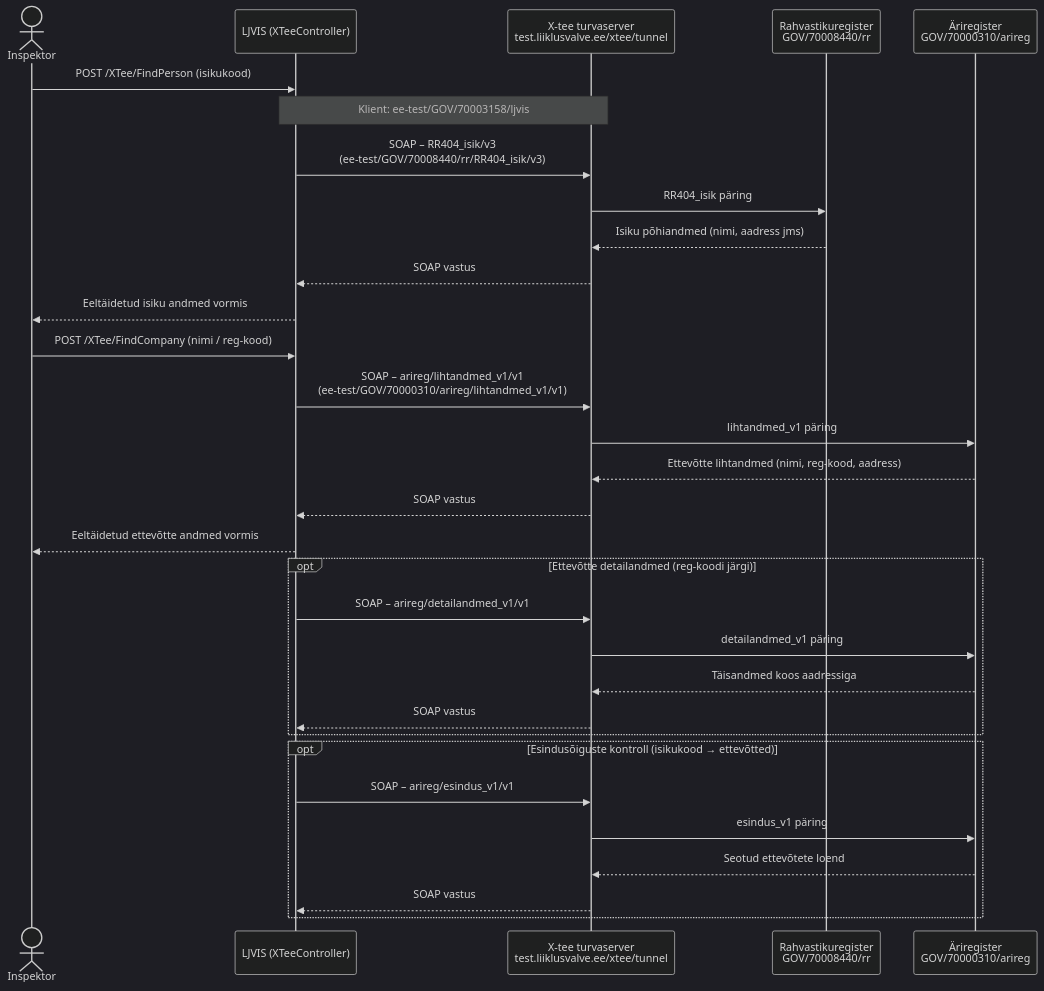
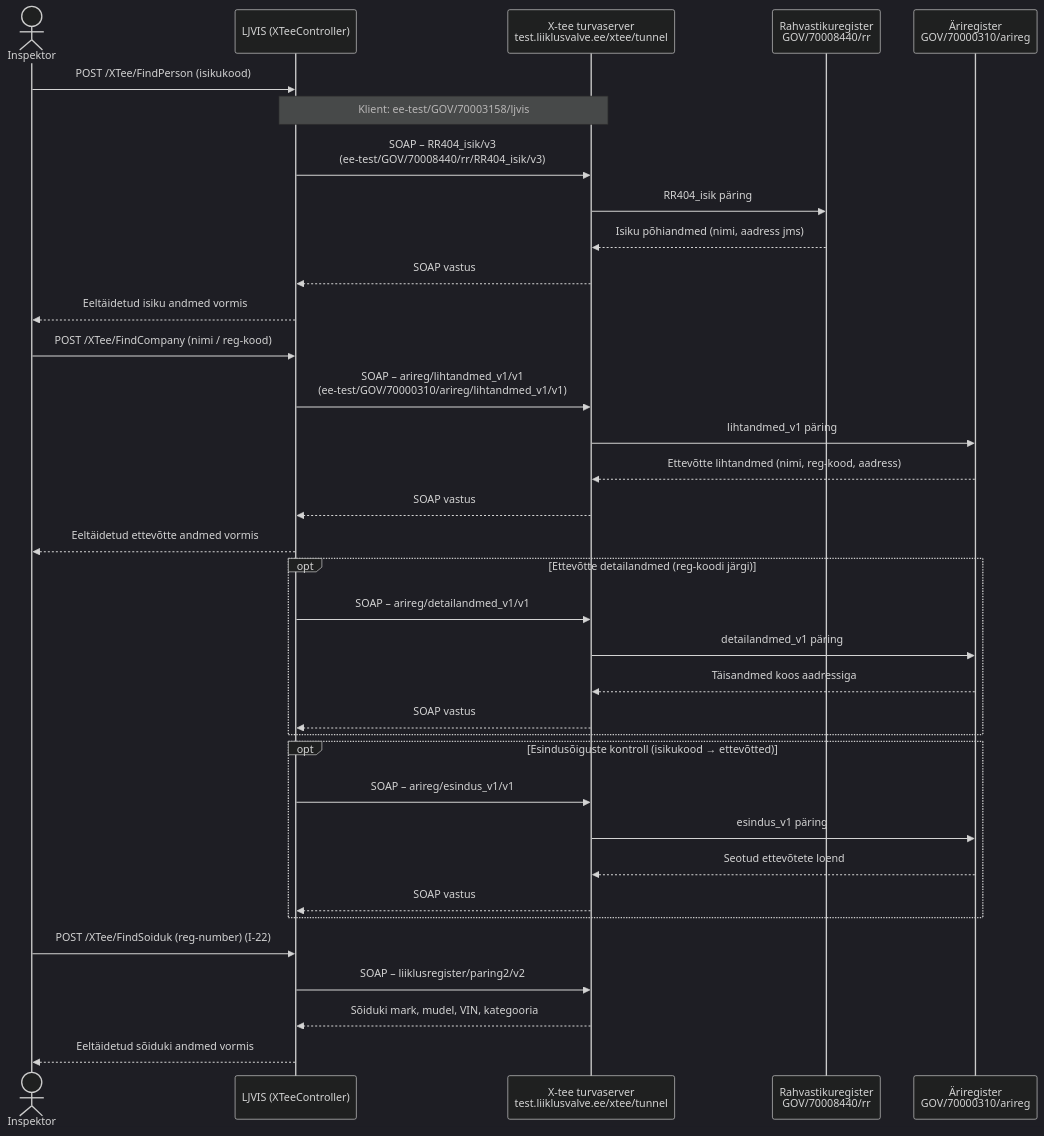
One commit to kemit-ee/ljvis-2 changed the fourth of 19 diagrams in architecture/use-cases.md. Above: the diagram before and after it, drawn with Mermaid (dark theme). The commit also changed other lines of this file, not shown here.

````diff
--- a/architecture/use-cases.md
+++ b/architecture/use-cases.md
@@ -351,37 +369,42 @@
 ```mermaid
 sequenceDiagram
     actor Inspektor
     participant UI as LJVIS (XTeeController)
     participant Tunnel as X-tee turvaserver<br/>test.liiklusvalve.ee/xtee/tunnel
     participant RR as Rahvastikuregister<br/>GOV/70008440/rr
     participant BR as Äriregister<br/>GOV/70000310/arireg
 
     Inspektor->>UI: POST /XTee/FindPerson (isikukood)
     Note over UI,Tunnel: Klient: ee-test/GOV/70003158/ljvis
     UI->>Tunnel: SOAP – RR404_isik/v3<br/>(ee-test/GOV/70008440/rr/RR404_isik/v3)
     Tunnel->>RR: RR404_isik päring
     RR-->>Tunnel: Isiku põhiandmed (nimi, aadress jms)
     Tunnel-->>UI: SOAP vastus
     UI-->>Inspektor: Eeltäidetud isiku andmed vormis
 
     Inspektor->>UI: POST /XTee/FindCompany (nimi / reg-kood)
     UI->>Tunnel: SOAP – arireg/lihtandmed_v1/v1<br/>(ee-test/GOV/70000310/arireg/lihtandmed_v1/v1)
     Tunnel->>BR: lihtandmed_v1 päring
     BR-->>Tunnel: Ettevõtte lihtandmed (nimi, reg-kood, aadress)
     Tunnel-->>UI: SOAP vastus
     UI-->>Inspektor: Eeltäidetud ettevõtte andmed vormis
 
     opt Ettevõtte detailandmed (reg-koodi järgi)
         UI->>Tunnel: SOAP – arireg/detailandmed_v1/v1
         Tunnel->>BR: detailandmed_v1 päring
         BR-->>Tunnel: Täisandmed koos aadressiga
         Tunnel-->>UI: SOAP vastus
     end
 
     opt Esindusõiguste kontroll (isikukood → ettevõtted)
         UI->>Tunnel: SOAP – arireg/esindus_v1/v1
         Tunnel->>BR: esindus_v1 päring
         BR-->>Tunnel: Seotud ettevõtete loend
         Tunnel-->>UI: SOAP vastus
     end
+
+    Inspektor->>UI: POST /XTee/FindSoiduk (reg-number) (I-22)
+    UI->>Tunnel: SOAP – liiklusregister/paring2/v2
+    Tunnel-->>UI: Sõiduki mark, mudel, VIN, kategooria
+    UI-->>Inspektor: Eeltäidetud sõiduki andmed vormis
 ```
````
